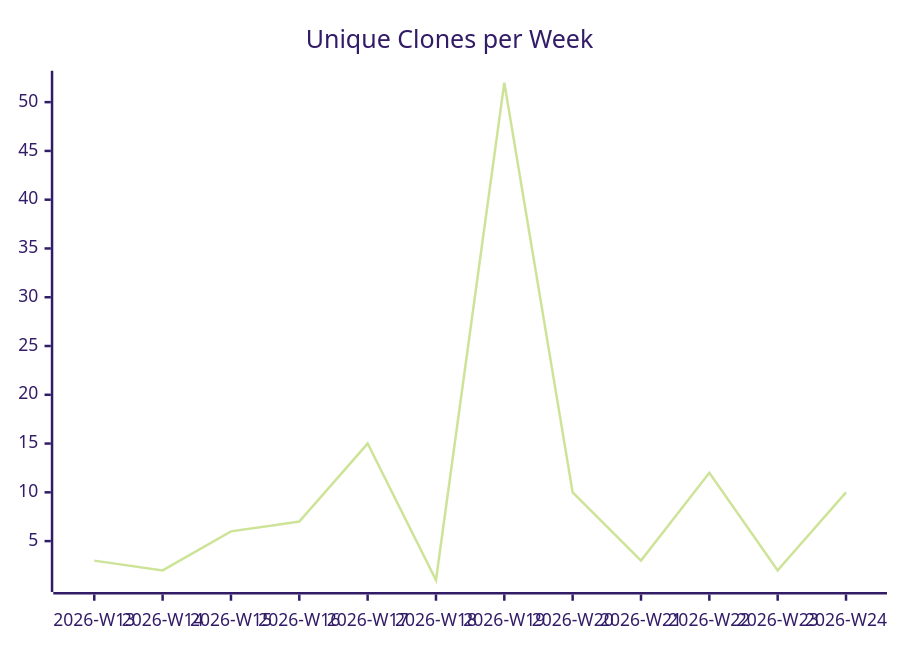
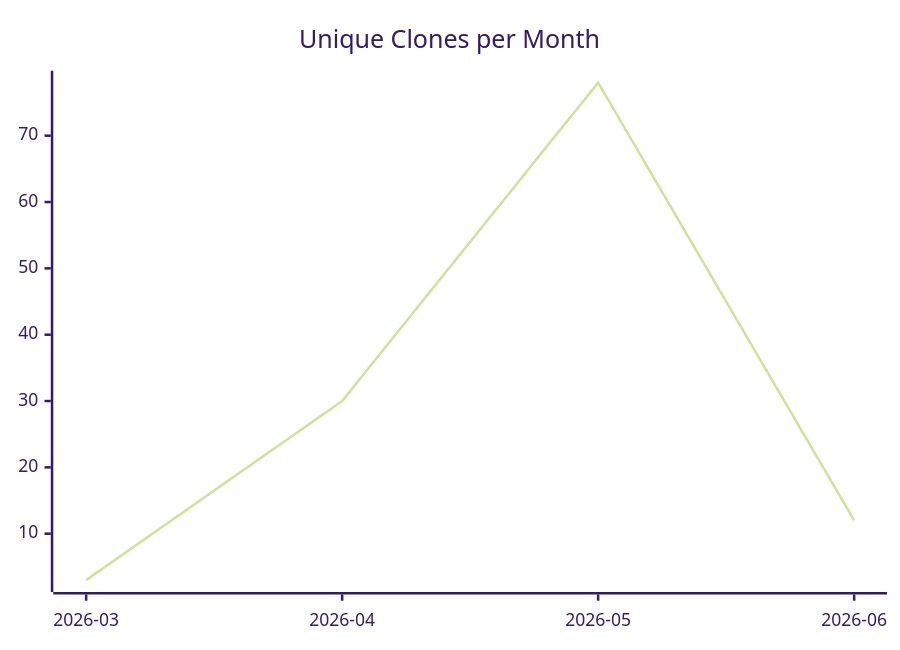
The third of 3 diagrams in karlmdavis/justdavis-ansible/README.md (justdavis-family/github-analytics-data), drawn with Mermaid (forest theme) before and after one commit. The commit also changed other lines of this file and 198 other files, not shown here.

````diff
--- a/karlmdavis/justdavis-ansible/README.md
+++ b/karlmdavis/justdavis-ansible/README.md
@@ -19,6 +19,6 @@
 ```mermaid
 xychart-beta
-  title "Unique Clones per Week"
-  x-axis ["2026-W13", "2026-W14", "2026-W15", "2026-W16", "2026-W17", "2026-W18", "2026-W19", "2026-W20", "2026-W21", "2026-W22", "2026-W23", "2026-W24"]
-  line [3, 2, 6, 7, 15, 1, 52, 10, 3, 12, 2, 10]
+  title "Unique Clones per Month"
+  x-axis ["2026-03", "2026-04", "2026-05", "2026-06"]
+  line [3, 30, 78, 12]
 ```
````
